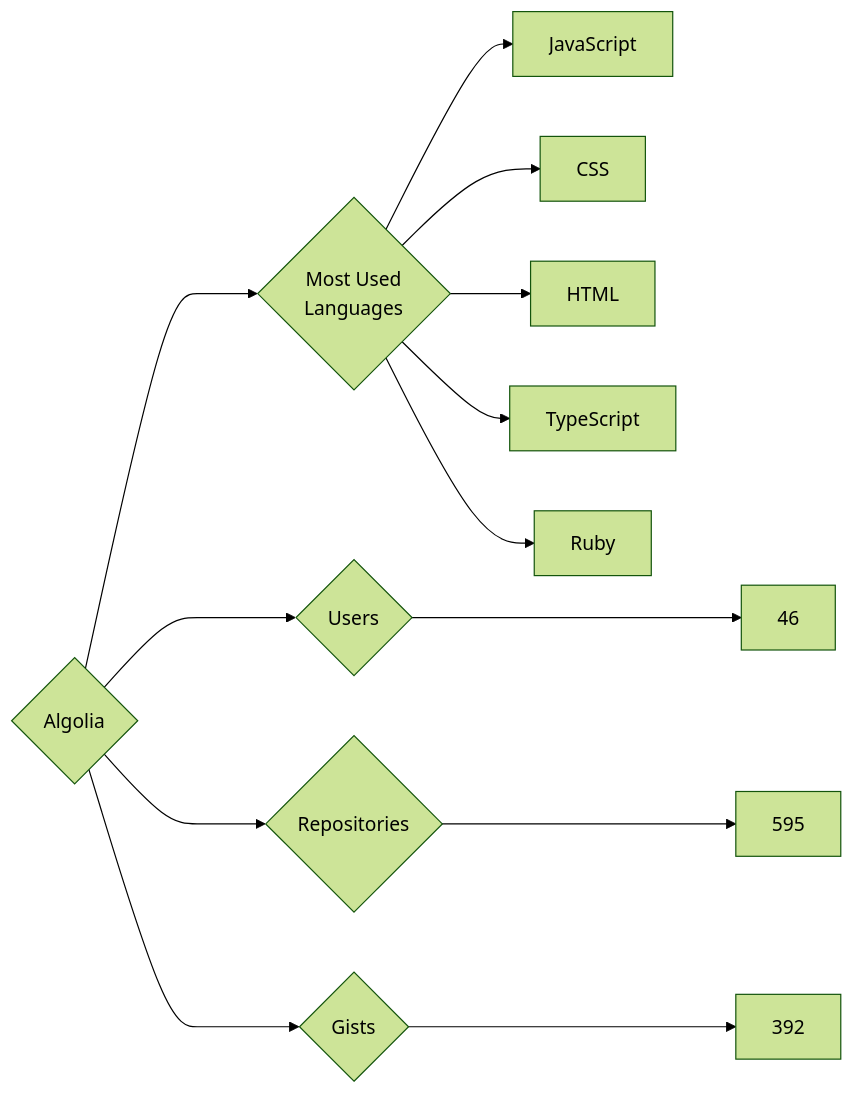
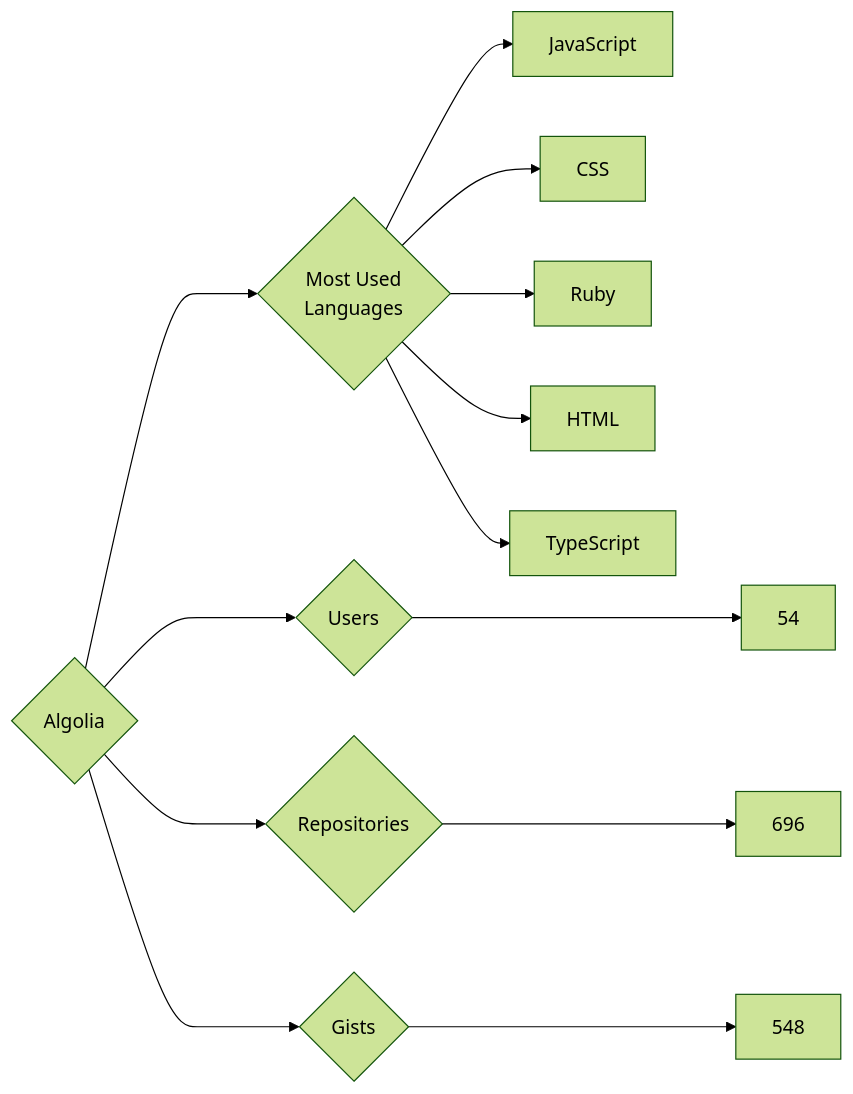
One commit to trickest/insiders changed the diagram in targets/Algolia/README.md. Above: the diagram before and after it, drawn with Mermaid (forest theme). The commit also changed 895 other files, not shown here.

````diff
--- a/targets/Algolia/README.md
+++ b/targets/Algolia/README.md
@@ -3,13 +3,13 @@
 ```mermaid
 graph LR
 COMPANY_NAME{Algolia}
-COMPANY_NAME ---> U{Users} ---> UN[46]
-COMPANY_NAME ---> R{Repositories} ---> RN[595]
-COMPANY_NAME ---> G{Gists} ---> GN[392]
+COMPANY_NAME ---> U{Users} ---> UN[54]
+COMPANY_NAME ---> R{Repositories} ---> RN[696]
+COMPANY_NAME ---> G{Gists} ---> GN[548]
 COMPANY_NAME ---> ML{Most Used<br>Languages}
 ML --> JavaScript[JavaScript]
 ML --> CSS[CSS]
+ML --> Ruby[Ruby]
 ML --> HTML[HTML]
 ML --> TypeScript[TypeScript]
-ML --> Ruby[Ruby]
 ```
````
